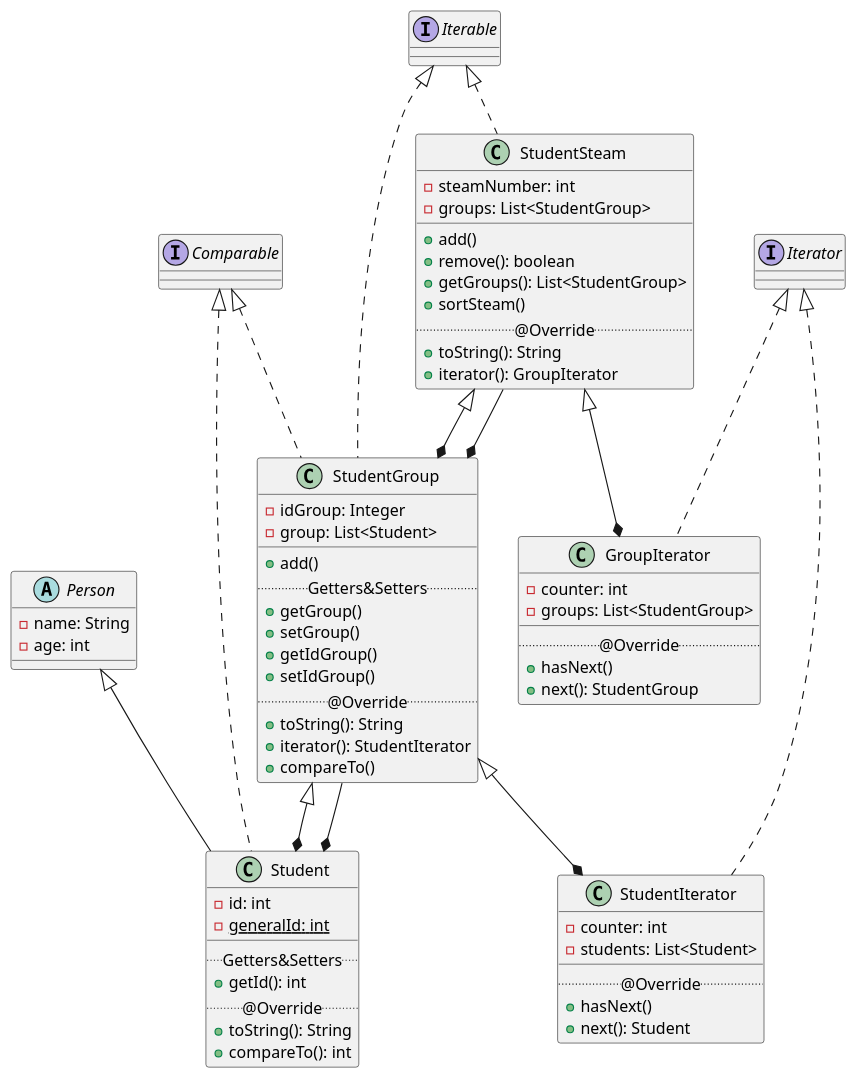
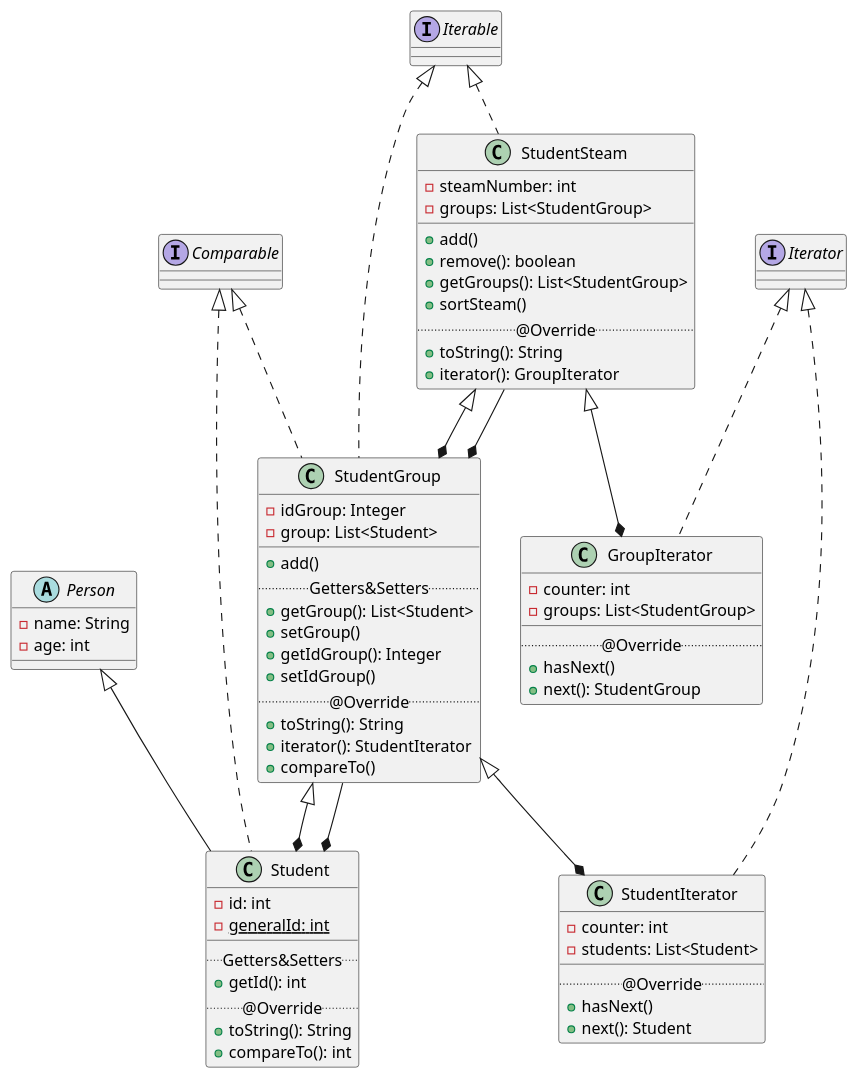
Before and after one commit to learningongb/oop: the diagram in StudentApp/classesUML.puml, drawn with PlantUML.

Commit message:
Доработал диаграмму

```diff
--- a/StudentApp/classesUML.puml
+++ b/StudentApp/classesUML.puml
@@ -1,80 +1,80 @@
 @startuml
 
 abstract class Person {
     -name: String
     -age: int
 }
 
 class Student extends Person implements Comparable{
     -id: int
     -{static} generalId: int
     __
     ..Getters&Setters..
     +getId(): int
     ..@Override..
     +toString(): String
     +compareTo(): int
 }
 
 class StudentGroup implements Iterable, Comparable {
     -idGroup: Integer
     -group: List<Student>
     __
     +add()
     ..Getters&Setters..
-    +getGroup()
+    +getGroup(): List<Student>
     +setGroup()
-    +getIdGroup()
+    +getIdGroup(): Integer
     +setIdGroup()
     ..@Override..
     +toString(): String
     +iterator(): StudentIterator
     +compareTo()
 }
 
 class StudentSteam implements Iterable {
     -steamNumber: int
     -groups: List<StudentGroup>
     __
     +add()
     +remove(): boolean
     +getGroups(): List<StudentGroup>
     +sortSteam()
     ..@Override..
     +toString(): String
     +iterator(): GroupIterator
 }
 
 class StudentIterator implements Iterator {
     -counter: int
     -students: List<Student>
     __
     ..@Override..
     +hasNext()
     +next(): Student
 }
 
 class GroupIterator implements Iterator {
     -counter: int
     -groups: List<StudentGroup>
     __
     ..@Override..
     +hasNext()
     +next(): StudentGroup
 }
 
 interface Comparable
 
 StudentGroup <|--* Student
 StudentGroup <|--* StudentIterator
 StudentGroup --* Student
 
 StudentSteam <|--* StudentGroup
 StudentSteam <|--* GroupIterator
 StudentSteam --* StudentGroup
 
 'class Employee extends Person
 'class Teacher extends Person
 
 hide @unlinked
 @enduml
```
